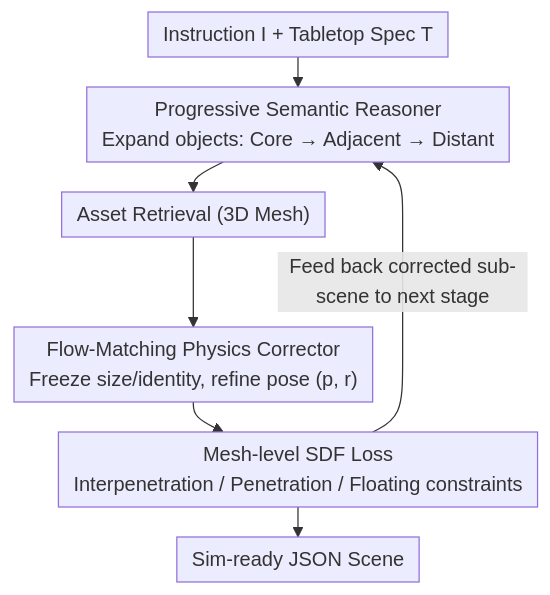
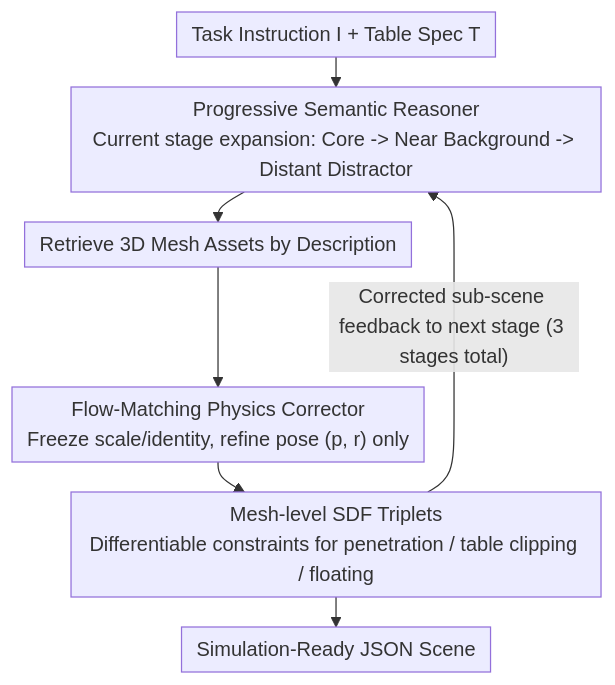
The diagram in docs/ICML2026/3d_vision/stable_simulation-ready_tabletop_layout_generation_via_a_semantics-physics_dual_.md (zhaoyang97/Paper-Notes-en), drawn with Mermaid before and after one commit. The commit also changed other lines of this file and 5084 other files, not shown here.

````diff
--- a/docs/ICML2026/3d_vision/stable_simulation-ready_tabletop_layout_generation_via_a_semantics-physics_dual_.md
+++ b/docs/ICML2026/3d_vision/stable_simulation-ready_tabletop_layout_generation_via_a_semantics-physics_dual_.md
@@ -45,10 +45,10 @@
 ```mermaid
 %%{init: {'flowchart': {'rankSpacing': 24, 'nodeSpacing': 28, 'padding': 6, 'wrappingWidth': 400}}}%%
 flowchart TD
-    I["Instruction I + Tabletop Spec T"] --> SR["Progressive Semantic Reasoner<br/>Expand objects: Core → Adjacent → Distant"]
-    SR --> R["Asset Retrieval (3D Mesh)"]
-    R --> PC["Flow-Matching Physics Corrector<br/>Freeze size/identity, refine pose (p, r)"]
-    PC --> SDF["Mesh-level SDF Loss<br/>Interpenetration / Penetration / Floating constraints"]
-    SDF -->|"Feed back corrected sub-scene to next stage"| SR
-    SDF --> OUT["Sim-ready JSON Scene"]
+    I["Task Instruction I + Table Spec T"] --> SR["Progressive Semantic Reasoner<br/>Current stage expansion: Core -> Near Background -> Distant Distractor"]
+    SR --> R["Retrieve 3D Mesh Assets by Description"]
+    R --> PC["Flow-Matching Physics Corrector<br/>Freeze scale/identity, refine pose (p, r) only"]
+    PC --> SDF["Mesh-level SDF Triplets<br/>Differentiable constraints for penetration / table clipping / floating"]
+    SDF -->|"Corrected sub-scene feedback to next stage (3 stages total)"| SR
+    SDF --> OUT["Simulation-Ready JSON Scene"]
 ```
````
